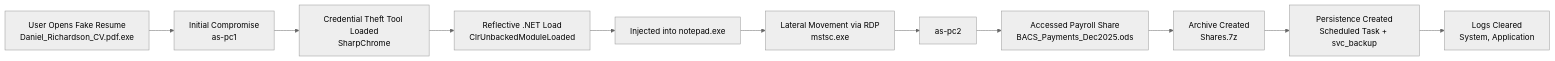
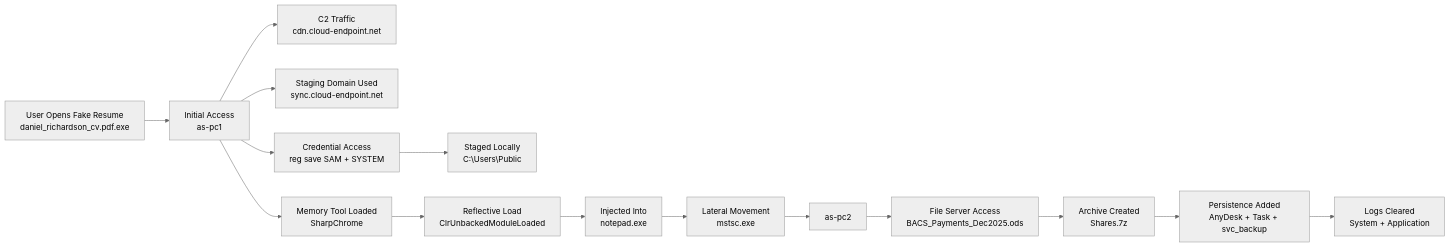
Before and after one commit to brianhannigan/thebrokerhunt: the diagram in README.md, drawn with Mermaid (neutral theme). The commit also changed other lines of this file, not shown here.

````diff
--- a/README.md
+++ b/README.md
@@ -96,22 +93,21 @@
 ```mermaid
 flowchart LR
+A[User Opens Fake Resume<br>daniel_richardson_cv.pdf.exe] --> B[Initial Access<br>as-pc1]
+B --> C[C2 Traffic<br>cdn.cloud-endpoint.net]
+B --> D[Staging Domain Used<br>sync.cloud-endpoint.net]
 
-A[User Opens Fake Resume<br>Daniel_Richardson_CV.pdf.exe]
---> B[Initial Compromise<br>as-pc1]
+B --> E[Credential Access<br>reg save SAM + SYSTEM]
+E --> F[Staged Locally<br>C:\Users\Public]
 
-B --> C[Credential Theft Tool Loaded<br>SharpChrome]
-C --> D[Reflective .NET Load<br>ClrUnbackedModuleLoaded]
+B --> G[Memory Tool Loaded<br>SharpChrome]
+G --> H[Reflective Load<br>ClrUnbackedModuleLoaded]
+H --> I[Injected Into<br>notepad.exe]
 
-D --> E[Injected into notepad.exe]
+I --> J[Lateral Movement<br>mstsc.exe]
+J --> K[as-pc2]
+K --> L[File Server Access<br>BACS_Payments_Dec2025.ods]
+L --> M[Archive Created<br>Shares.7z]
 
-E --> F[Lateral Movement via RDP<br>mstsc.exe]
-
-F --> G[as-pc2]
-G --> H[Accessed Payroll Share<br>BACS_Payments_Dec2025.ods]
-
-H --> I[Archive Created<br>Shares.7z]
-
-I --> J[Persistence Created<br>Scheduled Task + svc_backup]
-
-J --> K[Logs Cleared<br>System, Application]
+M --> N[Persistence Added<br>AnyDesk + Task + svc_backup]
+N --> O[Logs Cleared<br>System + Application]
 ```
````
